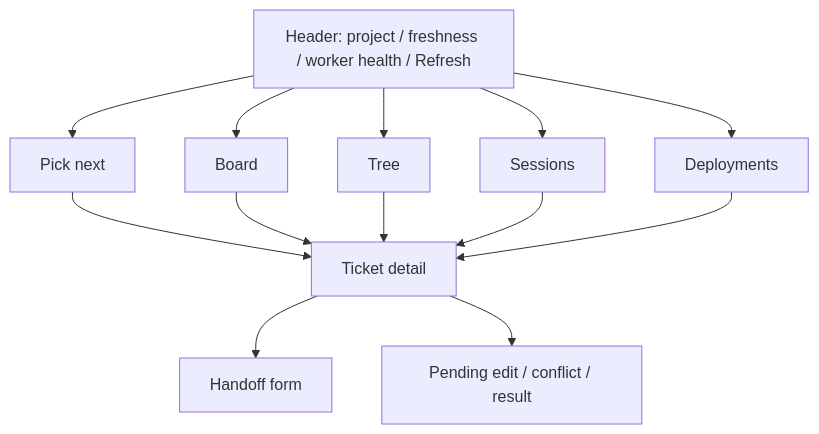
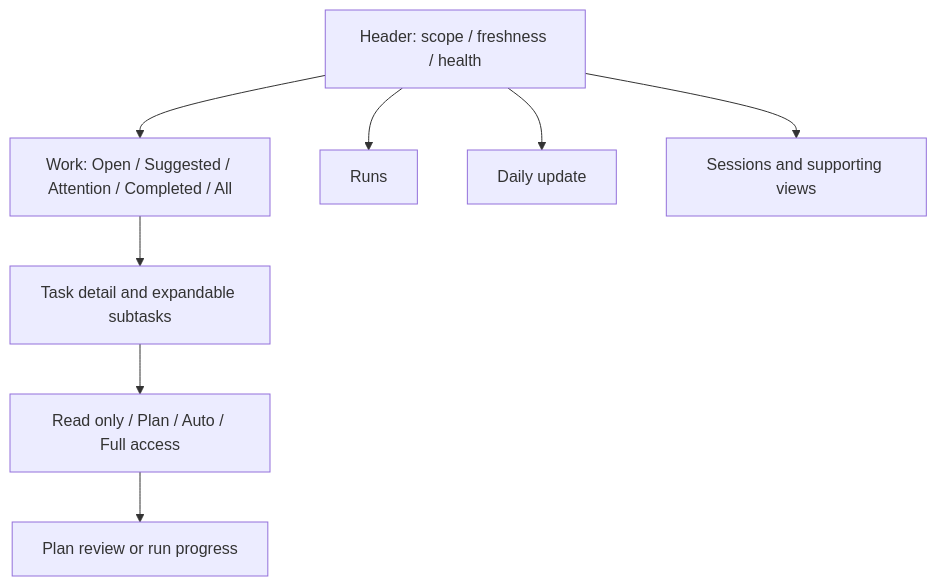
One commit to nulllvoid/session-quill changed the diagram in docs/UI-DESIGN.md. Above: the diagram before and after it, drawn with Mermaid. The commit also changed other lines of this file and 92 other files, not shown here.

Commit message:
feat: unify work, agent modes and daily continuity

````diff
--- a/docs/UI-DESIGN.md
+++ b/docs/UI-DESIGN.md
@@ -28,11 +28,10 @@
 ```mermaid
 flowchart TD
-  H["Header: project / freshness / worker health / Refresh"] --> P["Pick next"]
-  H --> B["Board"]
-  H --> T["Tree"]
-  H --> S["Sessions"]
-  H --> D["Deployments"]
-  P & B & T & S & D --> X["Ticket detail"]
-  X --> F["Handoff form"]
-  X --> E["Pending edit / conflict / result"]
+  H["Header: scope / freshness / health"] --> W["Work: Open / Suggested / Attention / Completed / All"]
+  H --> R["Runs"]
+  H --> U["Daily update"]
+  H --> S["Sessions and supporting views"]
+  W --> T["Task detail and expandable subtasks"]
+  T --> A["Read only / Plan / Auto / Full access"]
+  A --> P["Plan review or run progress"]
 ```
````
